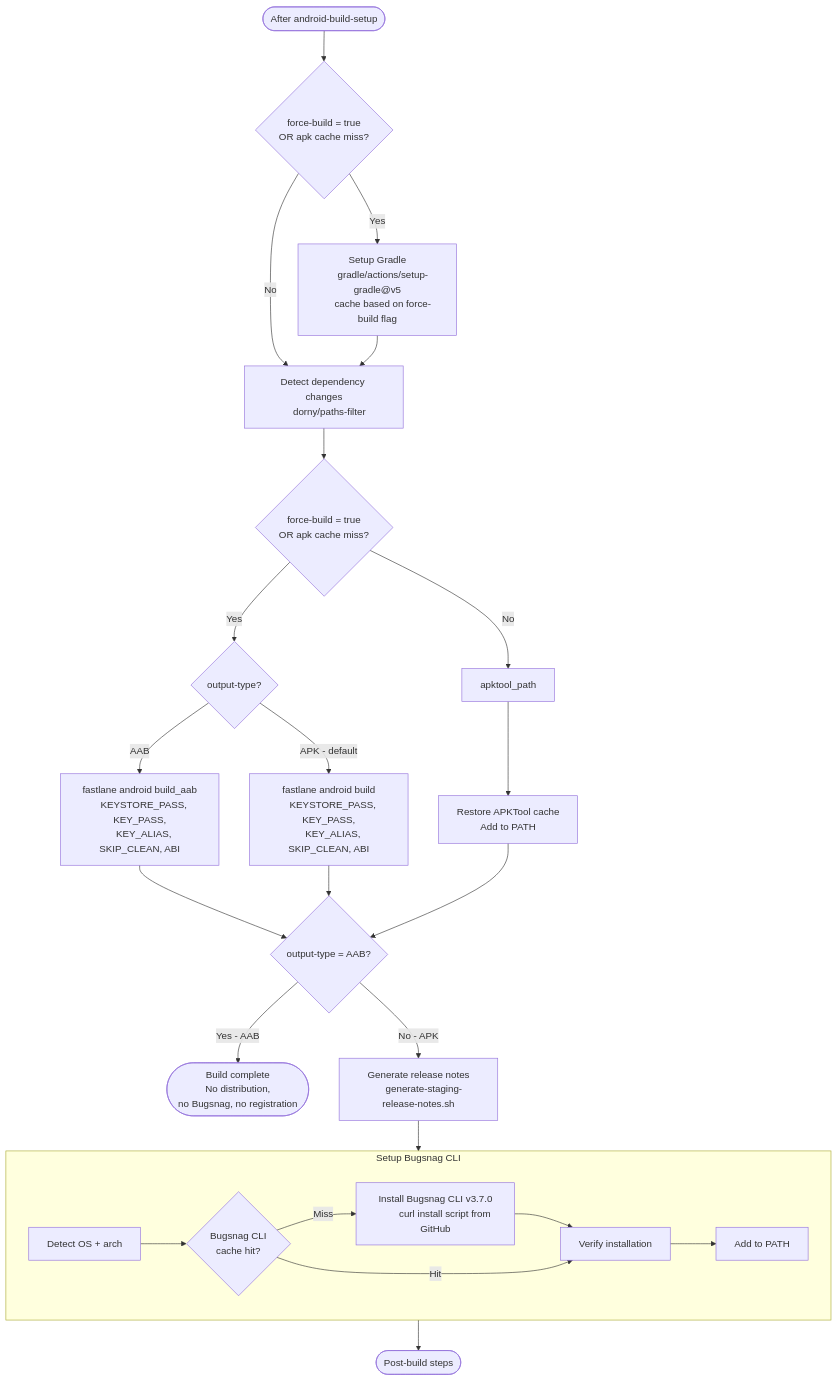
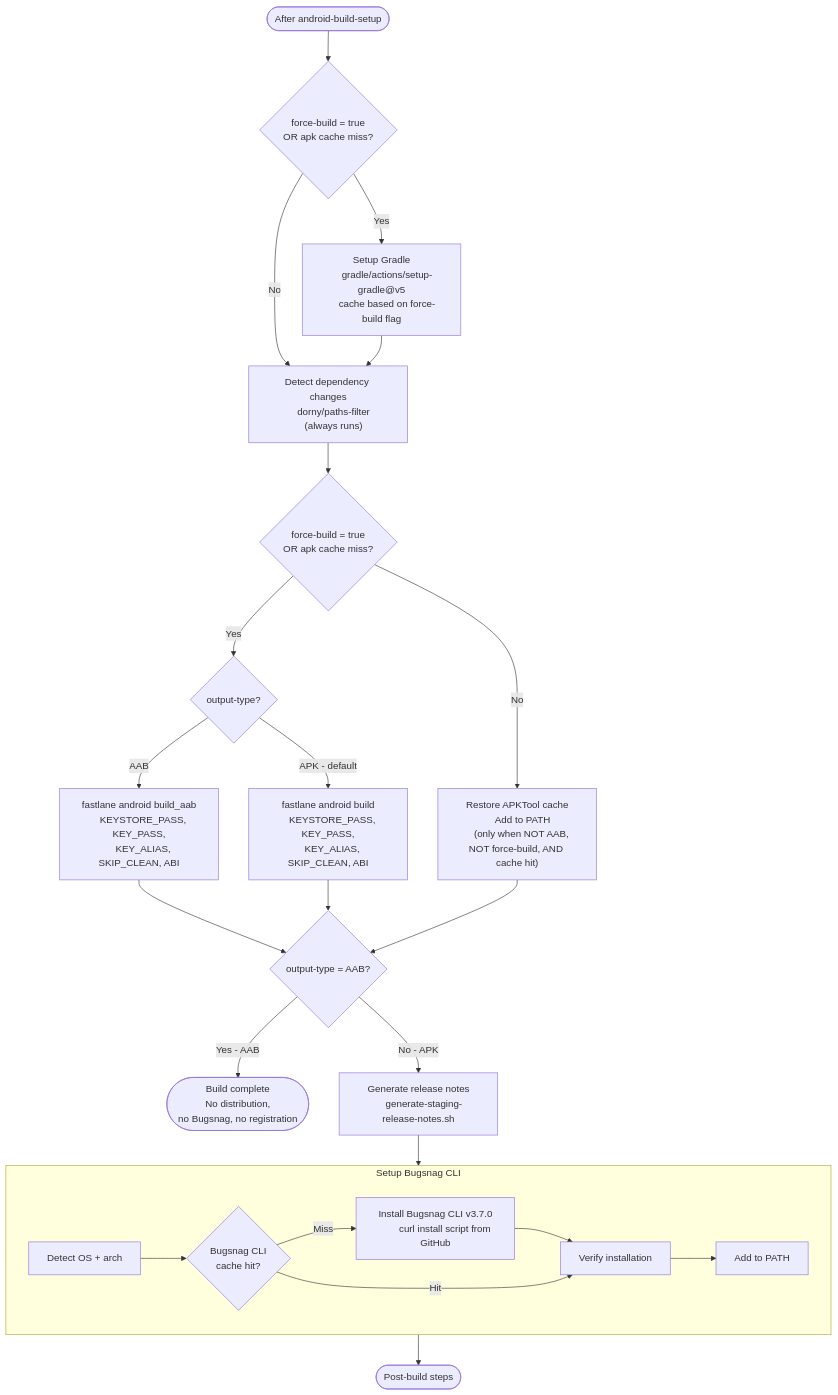
One commit to AtB-AS/mittatb-app changed the third of 6 diagrams in docs/android-build-staging-graph.md. Above: the diagram before and after it, drawn with Mermaid. The commit also changed other lines of this file and 1 other file, not shown here.

Commit message:
update docs after removing beacons

````diff
--- a/docs/android-build-staging-graph.md
+++ b/docs/android-build-staging-graph.md
@@ -144,63 +144,65 @@
 ```mermaid
 flowchart TD
     setup_done(["After android-build-setup"])
 
     setup_done --> gradle_check{"force-build = true
     OR apk cache miss?"}
 
     gradle_check -- Yes --> gradle["Setup Gradle
     gradle/actions/setup-gradle@v5
     cache based on force-build flag"]
     gradle_check -- No --> dep_changes
 
     gradle --> dep_changes["Detect dependency changes
-    dorny/paths-filter"]
+    dorny/paths-filter
+    (always runs)"]
 
     dep_changes --> should_build{"force-build = true
     OR apk cache miss?"}
 
     should_build -- Yes --> build_type{"output-type?"}
-    should_build -- No --> apktool_path
+    should_build -- No --> apktool_restore
 
     build_type -- AAB --> build_aab["fastlane android build_aab
     KEYSTORE_PASS, KEY_PASS,
     KEY_ALIAS, SKIP_CLEAN, ABI"]
     build_type -- "APK - default" --> build_apk["fastlane android build
     KEYSTORE_PASS, KEY_PASS,
     KEY_ALIAS, SKIP_CLEAN, ABI"]
 
+    apktool_restore["Restore APKTool cache
+    Add to PATH
+    (only when NOT AAB, NOT force-build, AND cache hit)"]
+
     build_aab --> aab_check{"output-type = AAB?"}
     build_apk --> aab_check
-
-    apktool_path --> restore_apktool["Restore APKTool cache
-    Add to PATH"]
-    restore_apktool --> aab_check
+    apktool_restore --> aab_check
 
     aab_check -- "Yes - AAB" --> aab_done(["Build complete
     No distribution,
     no Bugsnag, no registration"])
     aab_check -- "No - APK" --> release_notes
 
     release_notes["Generate release notes
     generate-staging-release-notes.sh"]
 
     release_notes --> bugsnag_cli_setup
 
     subgraph bugsnag_cli_setup ["Setup Bugsnag CLI"]
         bs_detect["Detect OS + arch"]
         bs_cache{"Bugsnag CLI
         cache hit?"}
         bs_install["Install Bugsnag CLI v3.7.0
         curl install script from GitHub"]
         bs_verify["Verify installation"]
         bs_path["Add to PATH"]
 
         bs_detect --> bs_cache
         bs_cache -- Miss --> bs_install --> bs_verify
         bs_cache -- Hit --> bs_verify
         bs_verify --> bs_path
     end
 
     bugsnag_cli_setup --> post_build_steps
     post_build_steps(["Post-build steps"])
 ```
````
